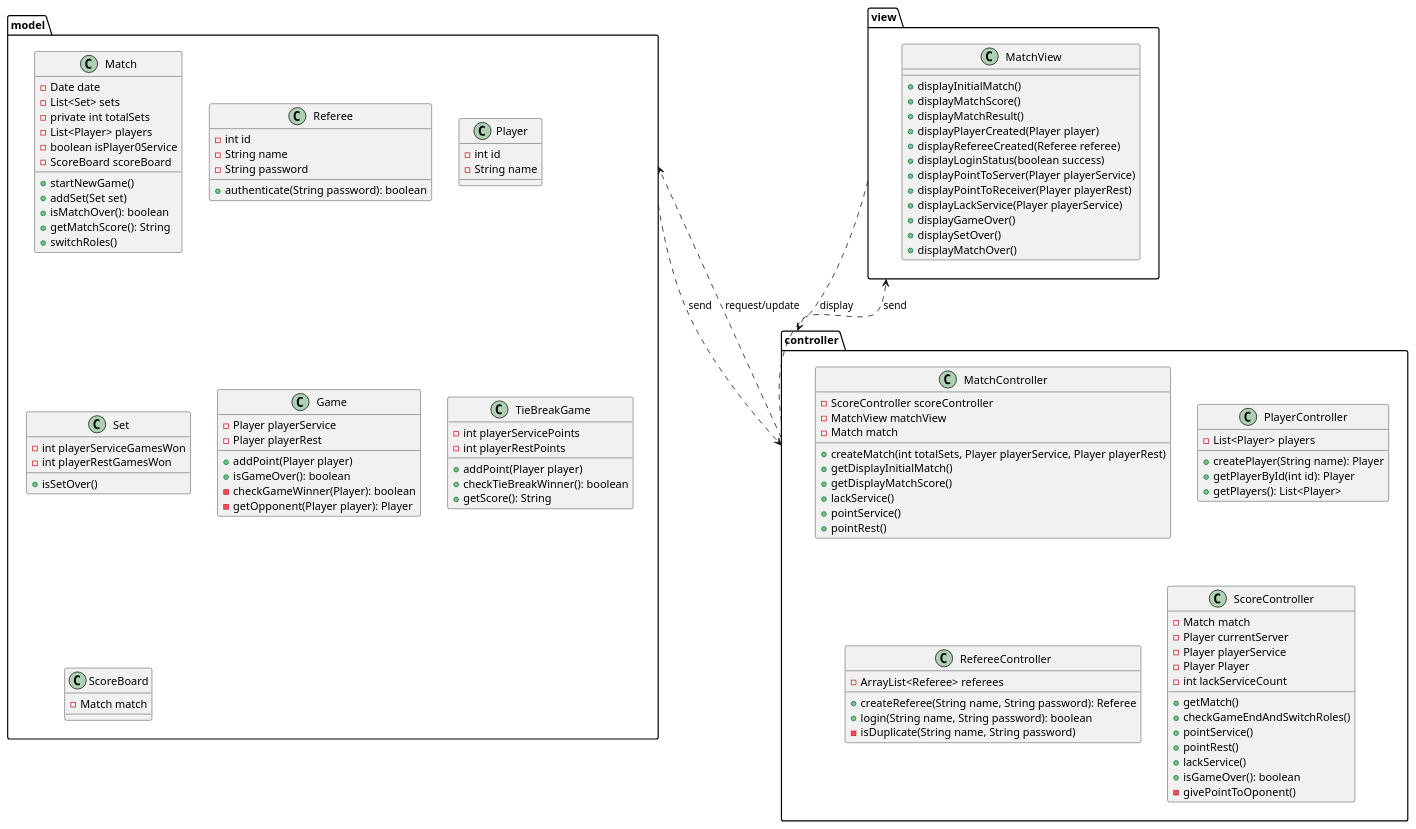
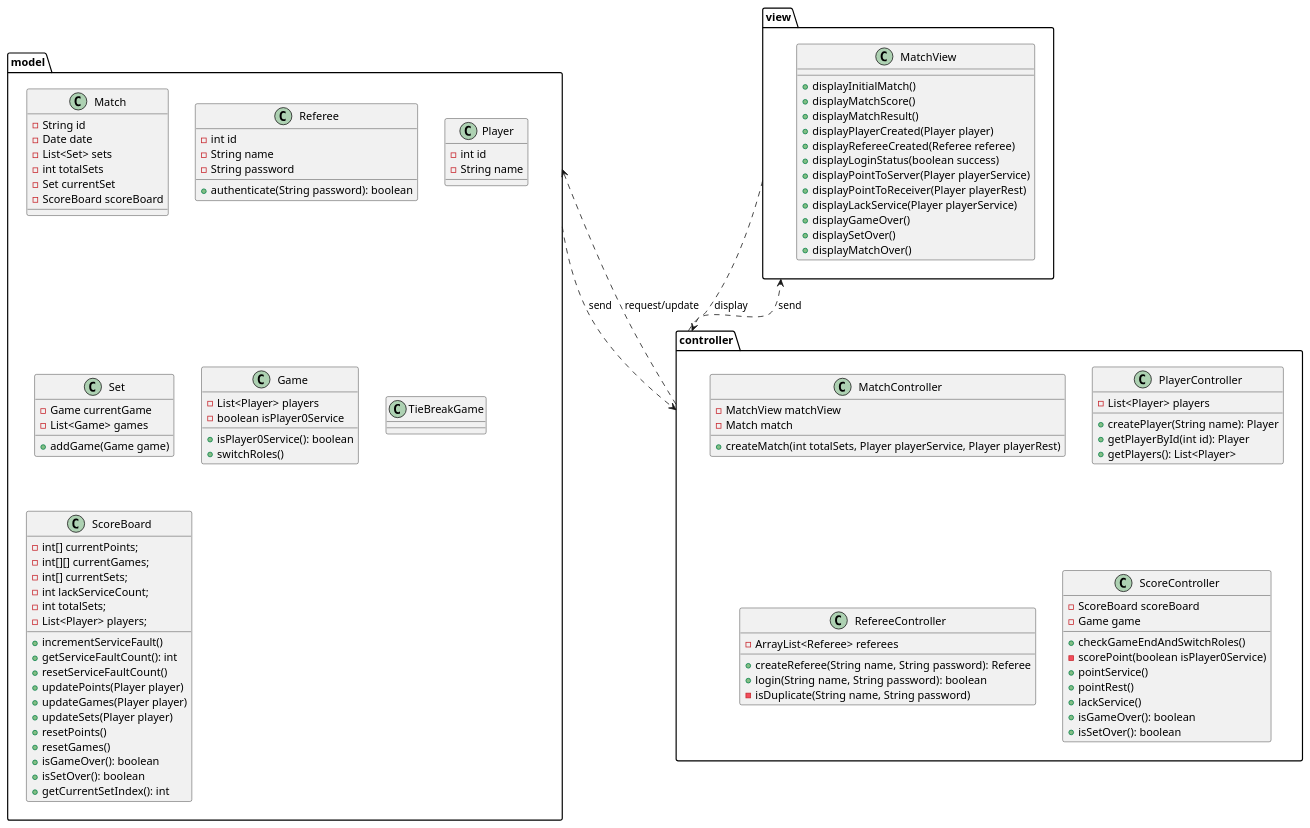
The diagram in docs/diagrams/MVC.plantuml (rafaelacirino/IWVG), drawn with PlantUML before and after one commit. The commit also changed 12 other files, not shown here.

```diff
--- a/docs/diagrams/MVC.plantuml
+++ b/docs/diagrams/MVC.plantuml
@@ -1,135 +1,130 @@
 @startuml
 package "model" {
 
     class Match {
+    - String id
     - Date date
     - List<Set> sets
-    - private int totalSets
-    - List<Player> players
-    - boolean isPlayer0Service
+    - int totalSets
+    - Set currentSet
     - ScoreBoard scoreBoard
 
-    + startNewGame()
-    + addSet(Set set)
-    + isMatchOver(): boolean
-    + getMatchScore(): String
-    + switchRoles()
     }
 
     class Referee {
     - int id
     - String name
     - String password
 
     + authenticate(String password): boolean
     }
 
     class Player {
     - int id
     - String name
     }
 
     class Set {
-    - int playerServiceGamesWon
-    - int playerRestGamesWon
+    - Game currentGame
+    - List<Game> games
 
-    + isSetOver()
+    + addGame(Game game)
     }
 
     class Game {
-    - Player playerService
-    - Player playerRest
+    - List<Player> players
+    - boolean isPlayer0Service
 
-    + addPoint(Player player)
-    + isGameOver(): boolean
-    - checkGameWinner(Player): boolean
-    - getOpponent(Player player): Player
+    + isPlayer0Service(): boolean
+    + switchRoles()
     }
 
     class TieBreakGame {
-    - int playerServicePoints
-    - int playerRestPoints
-
-    + addPoint(Player player)
-    + checkTieBreakWinner(): boolean
-    + getScore(): String
     }
 
     class ScoreBoard {
-    - Match match
+    - int[] currentPoints;
+    - int[][] currentGames;
+    - int[] currentSets;
+    - int lackServiceCount;
+    - int totalSets;
+    - List<Player> players;
+
+    + incrementServiceFault()
+    + getServiceFaultCount(): int
+    + resetServiceFaultCount()
+    + updatePoints(Player player)
+    + updateGames(Player player)
+    + updateSets(Player player)
+    + resetPoints()
+    + resetGames()
+    + isGameOver(): boolean
+    + isSetOver(): boolean
+    + getCurrentSetIndex(): int
     }
 }
 
 package "view" {
     class MatchView {
 
     + displayInitialMatch()
     + displayMatchScore()
     + displayMatchResult()
     + displayPlayerCreated(Player player)
     + displayRefereeCreated(Referee referee)
     + displayLoginStatus(boolean success)
     + displayPointToServer(Player playerService)
     + displayPointToReceiver(Player playerRest)
     + displayLackService(Player playerService)
     + displayGameOver()
     + displaySetOver()
     + displayMatchOver()
     }
 }
 
 package "controller" {
     class MatchController {
-    - ScoreController scoreController
     - MatchView matchView
     - Match match
 
     + createMatch(int totalSets, Player playerService, Player playerRest)
-    + getDisplayInitialMatch()
-    + getDisplayMatchScore()
-    + lackService()
-    + pointService()
-    + pointRest()
     }
 
     class PlayerController {
     - List<Player> players
 
     + createPlayer(String name): Player
     + getPlayerById(int id): Player
     + getPlayers(): List<Player>
     }
 
     class RefereeController {
     - ArrayList<Referee> referees
 
     + createReferee(String name, String password): Referee
     + login(String name, String password): boolean
     - isDuplicate(String name, String password)
     }
 
     class ScoreController {
-    - Match match
-    - Player currentServer
-    - Player playerService
-    - Player Player
-    - int lackServiceCount
+    - ScoreBoard scoreBoard
+    - Game game
 
-    + getMatch()
     + checkGameEndAndSwitchRoles()
+    - scorePoint(boolean isPlayer0Service)
     + pointService()
     + pointRest()
     + lackService()
     + isGameOver(): boolean
-    - givePointToOponent()
+    + isSetOver(): boolean
 
     }
 }
 
 "controller" ..> "model" : request/update
 "controller" ..> "view" : send
 "view" ..> "controller" : display
 "model" ..> "controller" : send
 
 
 @enduml
```
